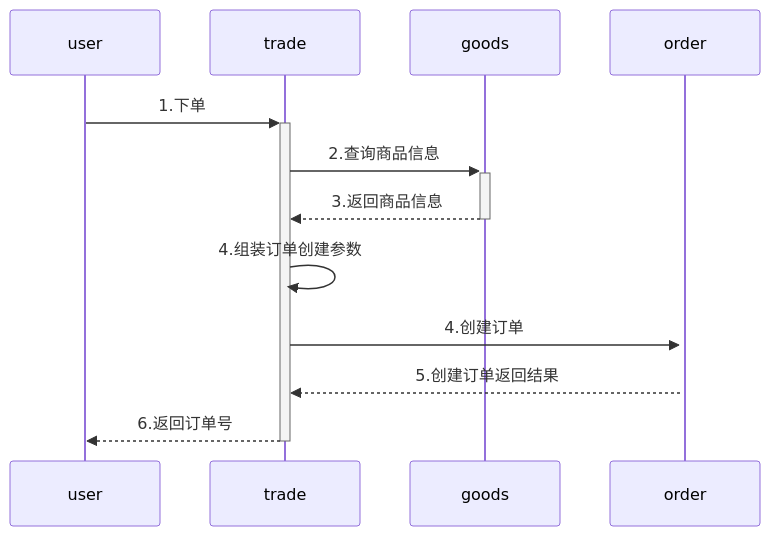
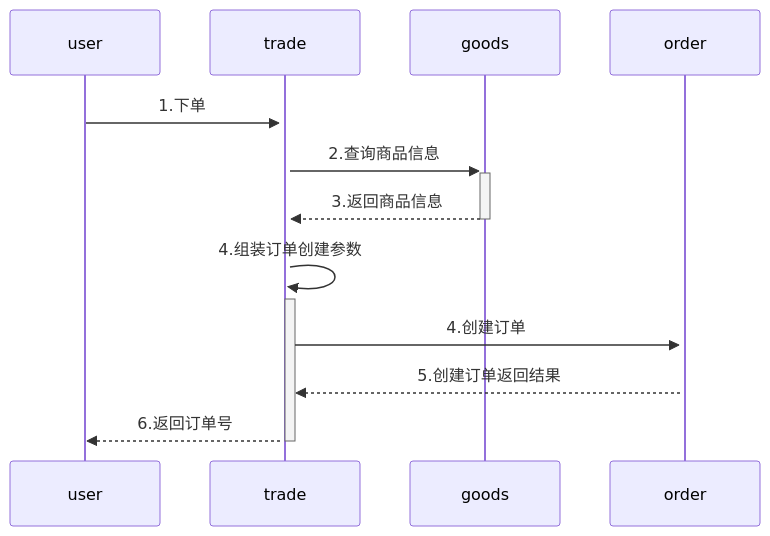
One commit to yingjianzh/iodraw-files changed the diagram in all/未命名-6.md. Above: the diagram before and after it, drawn with Mermaid.

Commit message:
2024-08-19 15:31:56 update

````diff
--- a/all/未命名-6.md
+++ b/all/未命名-6.md
@@ -1,10 +1,10 @@
 ```mermaid
 sequenceDiagram
     user->>+trade: 1.下单
     trade->>+goods: 2.查询商品信息
     goods-->>-trade: 3.返回商品信息
-    trade->>trade: 4.组装订单创建参数
+    trade->>+trade: 4.组装订单创建参数
     trade->>+order: 4.创建订单
     order-->>trade: 5.创建订单返回结果
     trade-->>-user: 6.返回订单号
 ```
````
